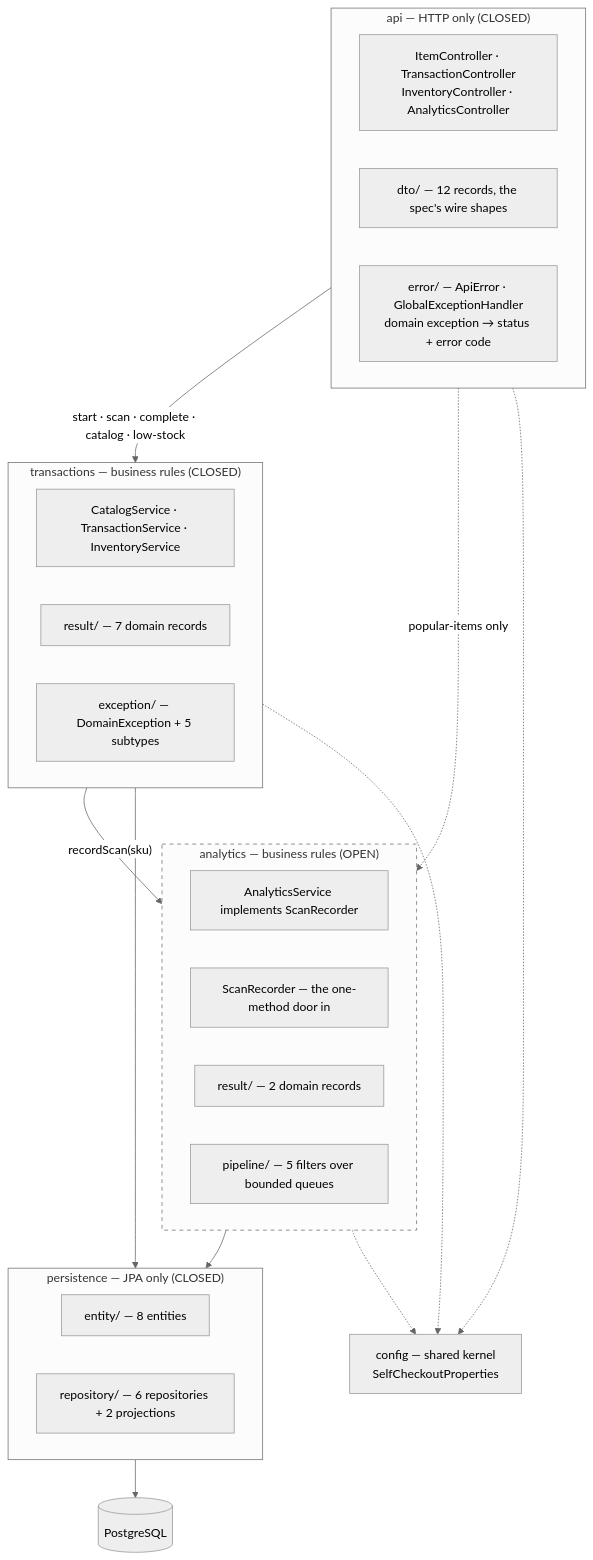
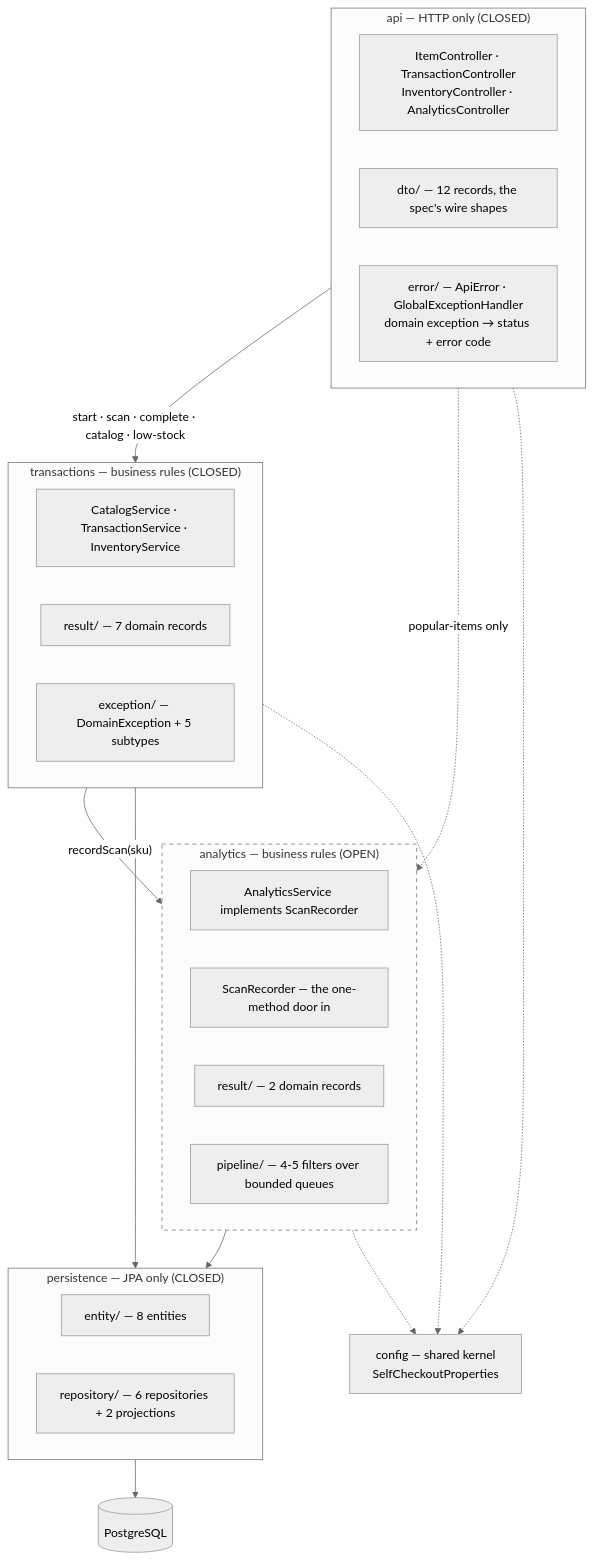
The first of 8 diagrams in DEVELOPER_GUIDE.md (Vatsalya2003/self_checkout_system), drawn with Mermaid (neutral theme) before and after one commit. The commit also changed 5 other files, not shown here.

````diff
--- a/DEVELOPER_GUIDE.md
+++ b/DEVELOPER_GUIDE.md
@@ -98,42 +98,42 @@
 ```mermaid
 graph TD
     subgraph api["api — HTTP only (CLOSED)"]
         A1["ItemController · TransactionController<br/>InventoryController · AnalyticsController"]
         A2["dto/ — 12 records, the spec's wire shapes"]
         A3["error/ — ApiError · GlobalExceptionHandler<br/>domain exception → status + error code"]
     end
 
     subgraph tx["transactions — business rules (CLOSED)"]
         T1["CatalogService · TransactionService · InventoryService"]
         T2["result/ — 7 domain records"]
         T3["exception/ — DomainException + 5 subtypes"]
     end
 
     subgraph an["analytics — business rules (OPEN)"]
         N1["AnalyticsService implements ScanRecorder"]
         N2["ScanRecorder — the one-method door in"]
         N3["result/ — 2 domain records"]
-        N4["pipeline/ — 5 filters over bounded queues"]
+        N4["pipeline/ — 4-5 filters over bounded queues"]
     end
 
     subgraph per["persistence — JPA only (CLOSED)"]
         P1["entity/ — 8 entities"]
         P2["repository/ — 6 repositories + 2 projections"]
     end
 
     CFG["config — shared kernel<br/>SelfCheckoutProperties"]
     DB[("PostgreSQL")]
 
     api -->|"start · scan · complete · catalog · low-stock"| tx
     api -.->|"popular-items only"| an
     tx -->|"recordScan(sku)"| an
     tx --> per
     an --> per
     per --> DB
     api -.-> CFG
     tx -.-> CFG
     an -.-> CFG
 
     classDef openLayer stroke-dasharray:5 5
     class an openLayer
 ```
````
